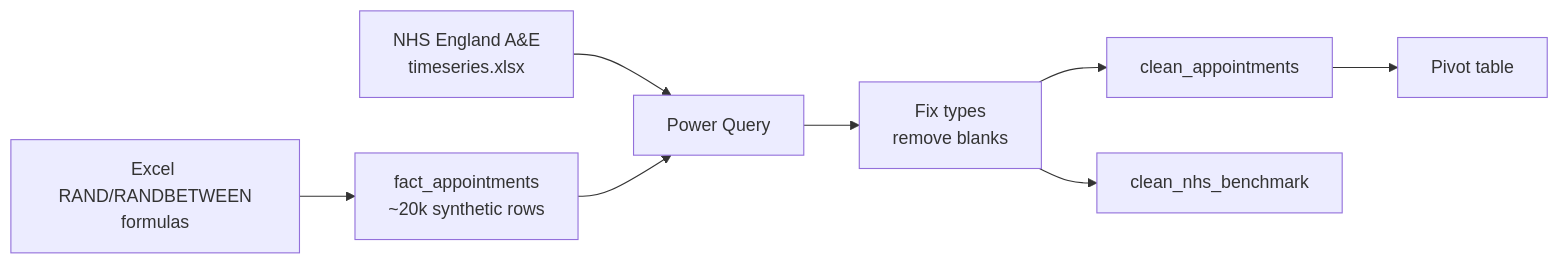
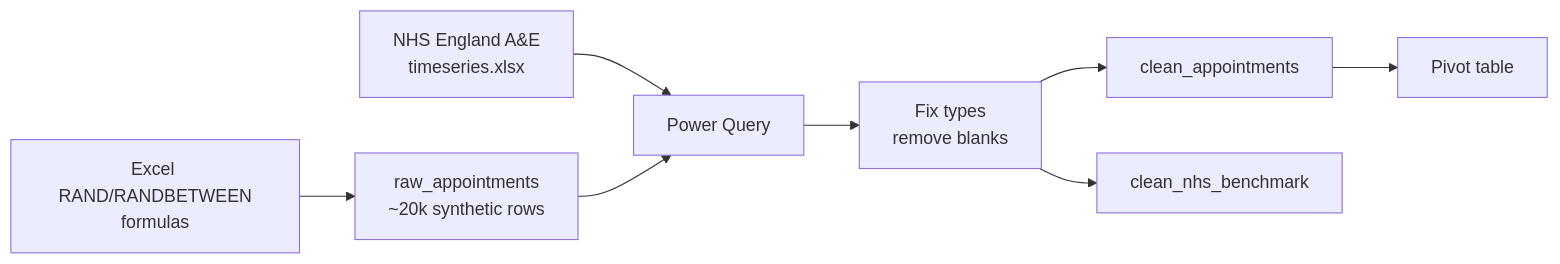
One commit to anhubsch/powerbi-excel changed the diagram in labs/healthcare/01-excel-cleanup.md. Above: the diagram before and after it, drawn with Mermaid. The commit also changed 4 other files, not shown here.

Commit message:
Fix inherited bugs found in audit: diagram mislabels, inverted NHS breach measure, redundant calculation-group DAX, stale README

````diff
--- a/labs/healthcare/01-excel-cleanup.md
+++ b/labs/healthcare/01-excel-cleanup.md
@@ -49,10 +49,10 @@
 ```mermaid
 flowchart LR
-    A[Excel RAND/RANDBETWEEN<br/>formulas] --> B[fact_appointments<br/>~20k synthetic rows]
+    A[Excel RAND/RANDBETWEEN<br/>formulas] --> B[raw_appointments<br/>~20k synthetic rows]
     C[NHS England A&E<br/>timeseries.xlsx] --> D[Power Query]
     B --> D
     D --> E[Fix types<br/>remove blanks]
     E --> F[clean_appointments]
     E --> G[clean_nhs_benchmark]
     F --> H[Pivot table]
 ```
````
